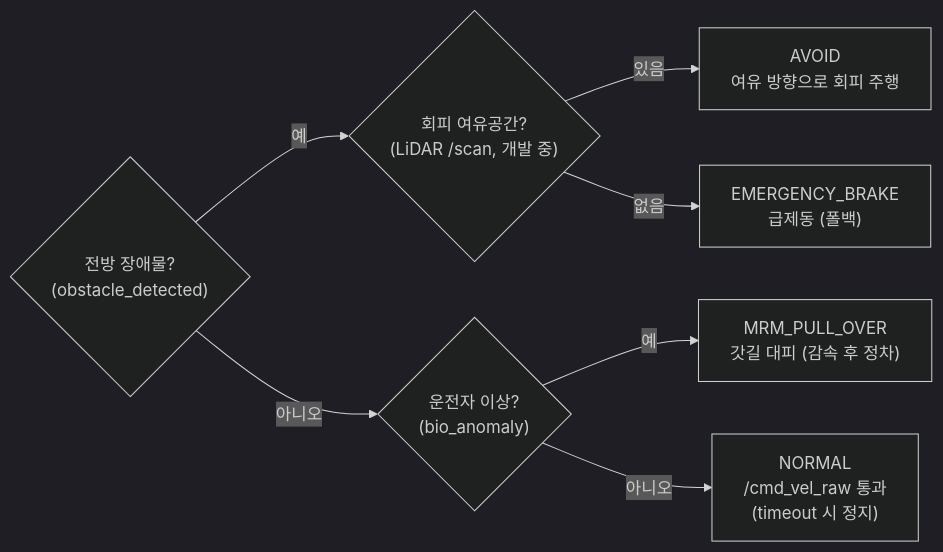
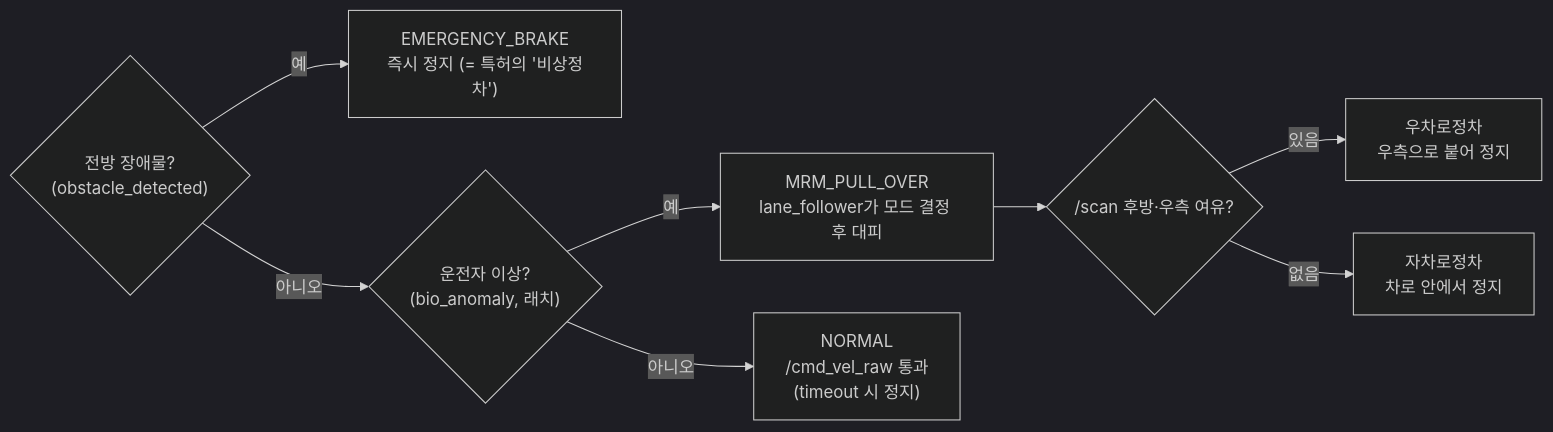
One commit to seungwp/2026_CDP changed the second of 2 diagrams in docs/ARCHITECTURE.md. Above: the diagram before and after it, drawn with Mermaid (dark theme). The commit also changed other lines of this file and 13 other files, not shown here.

````diff
--- a/docs/ARCHITECTURE.md
+++ b/docs/ARCHITECTURE.md
@@ -97,9 +107,10 @@
 ```mermaid
 flowchart LR
-    A{"전방 장애물?<br/>(obstacle_detected)"} -- 예 --> AV{"회피 여유공간?<br/>(LiDAR /scan, 개발 중)"}
-    AV -- 있음 --> AVOID["AVOID<br/>여유 방향으로 회피 주행"]
-    AV -- 없음 --> E["EMERGENCY_BRAKE<br/>급제동 (폴백)"]
-    A -- 아니오 --> B{"운전자 이상?<br/>(bio_anomaly)"}
-    B -- 예 --> M["MRM_PULL_OVER<br/>갓길 대피 (감속 후 정차)"]
+    A{"전방 장애물?<br/>(obstacle_detected)"} -- 예 --> E["EMERGENCY_BRAKE<br/>즉시 정지 (= 특허의 '비상정차')"]
+    A -- 아니오 --> B{"운전자 이상?<br/>(bio_anomaly, 래치)"}
+    B -- 예 --> M["MRM_PULL_OVER<br/>lane_follower가 모드 결정 후 대피"]
     B -- 아니오 --> N["NORMAL<br/>/cmd_vel_raw 통과<br/>(timeout 시 정지)"]
+    M --> M2{"/scan 후방·우측 여유?"}
+    M2 -- 있음 --> M3["우차로정차<br/>우측으로 붙어 정지"]
+    M2 -- 없음 --> M4["자차로정차<br/>차로 안에서 정지"]
 ```
````
